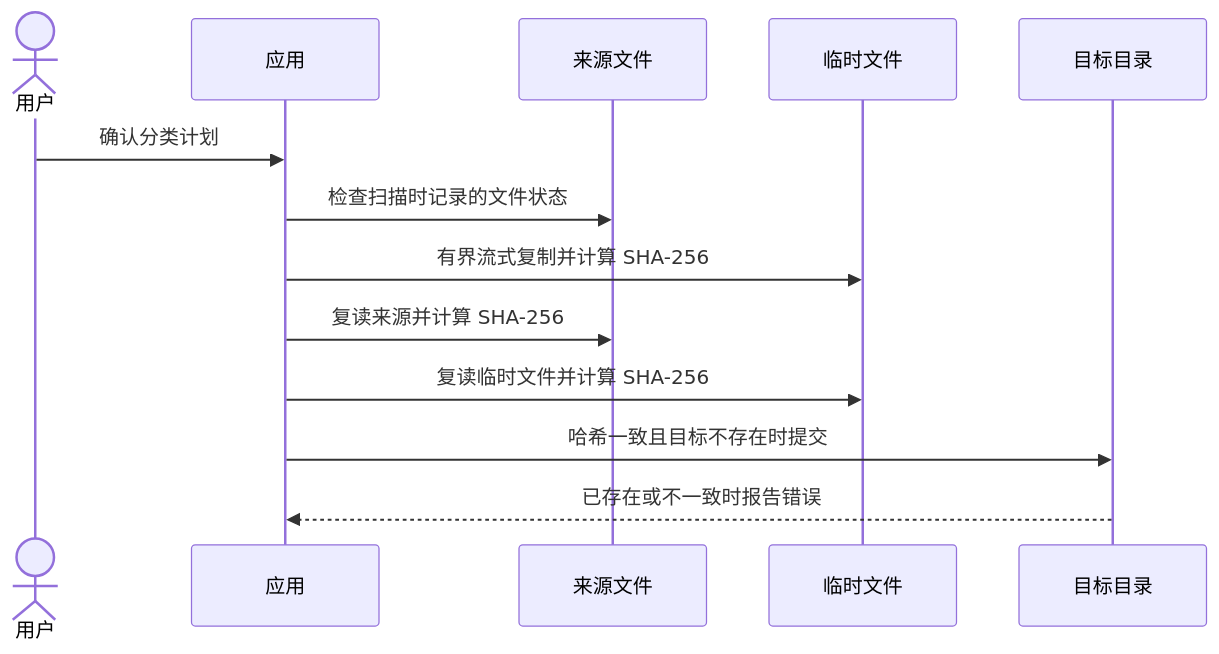
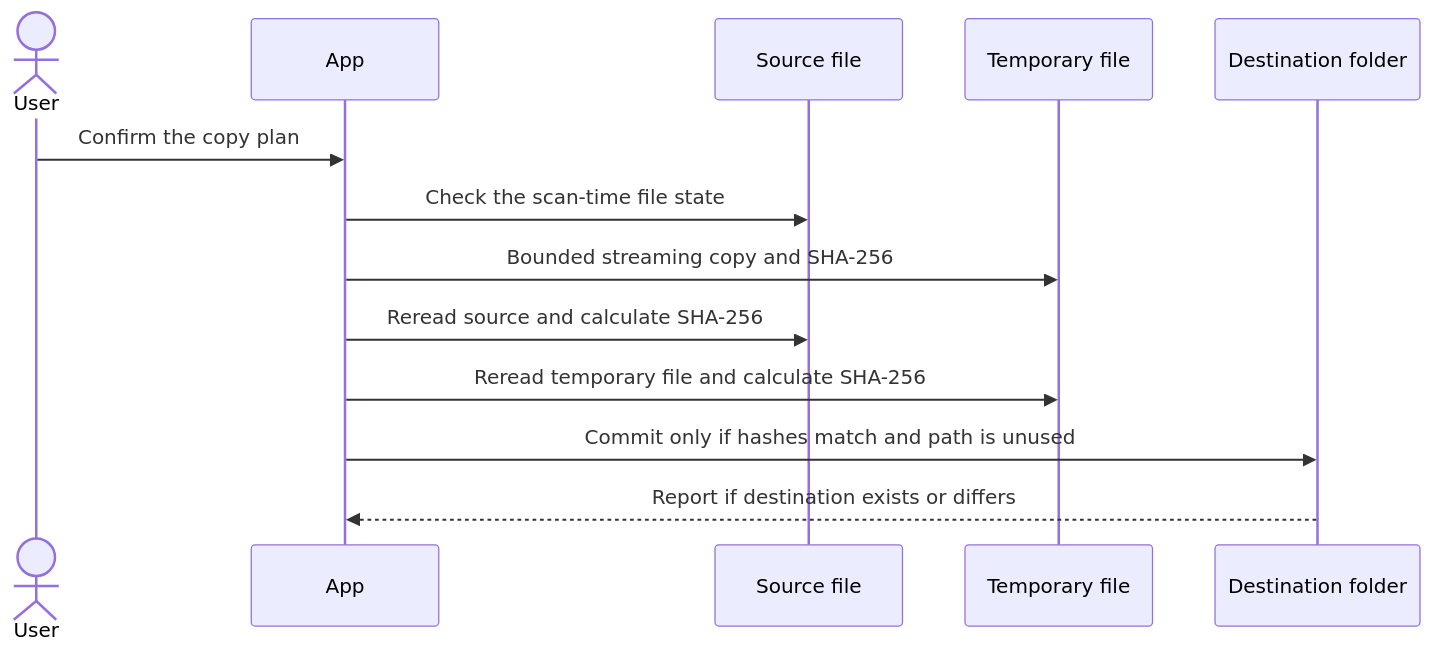
Before and after one commit to virtuecho/photo-archive-manager: the second of 3 diagrams in docs/technical-design.md, drawn with Mermaid. The commit also changed other lines of this file and 21 other files, not shown here.

````diff
--- a/docs/technical-design.md
+++ b/docs/technical-design.md
@@ -27,16 +29,16 @@
 ```mermaid
 sequenceDiagram
-    actor User as 用户
-    participant App as 应用
-    participant Source as 来源文件
-    participant Temp as 临时文件
-    participant Dest as 目标目录
+    actor User
+    participant App
+    participant Source as Source file
+    participant Temp as Temporary file
+    participant Dest as Destination folder
 
-    User->>App: 确认分类计划
-    App->>Source: 检查扫描时记录的文件状态
-    App->>Temp: 有界流式复制并计算 SHA-256
-    App->>Source: 复读来源并计算 SHA-256
-    App->>Temp: 复读临时文件并计算 SHA-256
-    App->>Dest: 哈希一致且目标不存在时提交
-    Dest-->>App: 已存在或不一致时报告错误
+    User->>App: Confirm the copy plan
+    App->>Source: Check the scan-time file state
+    App->>Temp: Bounded streaming copy and SHA-256
+    App->>Source: Reread source and calculate SHA-256
+    App->>Temp: Reread temporary file and calculate SHA-256
+    App->>Dest: Commit only if hashes match and path is unused
+    Dest-->>App: Report if destination exists or differs
 ```
````
